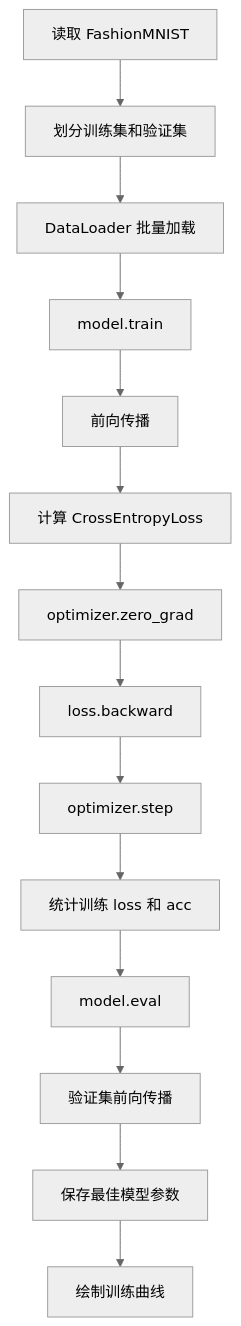
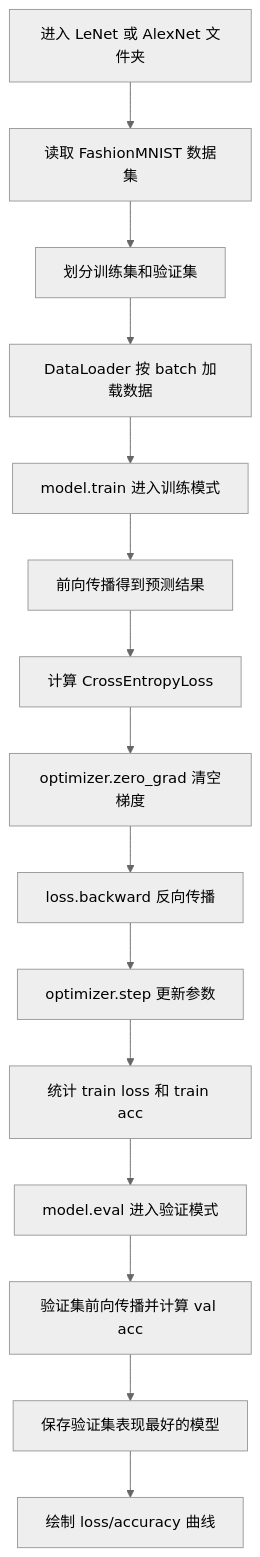
Before and after one commit to yhe8479-ship-it/PyTorch-CNN-1: the third of 3 diagrams in README.md, drawn with Mermaid (neutral theme). The commit also changed other lines of this file, not shown here.

````diff
--- a/README.md
+++ b/README.md
@@ -233,16 +298,17 @@
 ```mermaid
 flowchart TD
-    A[读取 FashionMNIST] --> B[划分训练集和验证集]
-    B --> C[DataLoader 批量加载]
-    C --> D[model.train]
-    D --> E[前向传播]
-    E --> F[计算 CrossEntropyLoss]
-    F --> G[optimizer.zero_grad]
-    G --> H[loss.backward]
-    H --> I[optimizer.step]
-    I --> J[统计训练 loss 和 acc]
-    J --> K[model.eval]
-    K --> L[验证集前向传播]
-    L --> M[保存最佳模型参数]
-    M --> N[绘制训练曲线]
+    A[进入 LeNet 或 AlexNet 文件夹] --> B[读取 FashionMNIST 数据集]
+    B --> C[划分训练集和验证集]
+    C --> D[DataLoader 按 batch 加载数据]
+    D --> E[model.train 进入训练模式]
+    E --> F[前向传播得到预测结果]
+    F --> G[计算 CrossEntropyLoss]
+    G --> H[optimizer.zero_grad 清空梯度]
+    H --> I[loss.backward 反向传播]
+    I --> J[optimizer.step 更新参数]
+    J --> K[统计 train loss 和 train acc]
+    K --> L[model.eval 进入验证模式]
+    L --> M[验证集前向传播并计算 val acc]
+    M --> N[保存验证集表现最好的模型]
+    N --> O[绘制 loss/accuracy 曲线]
 ```
````
